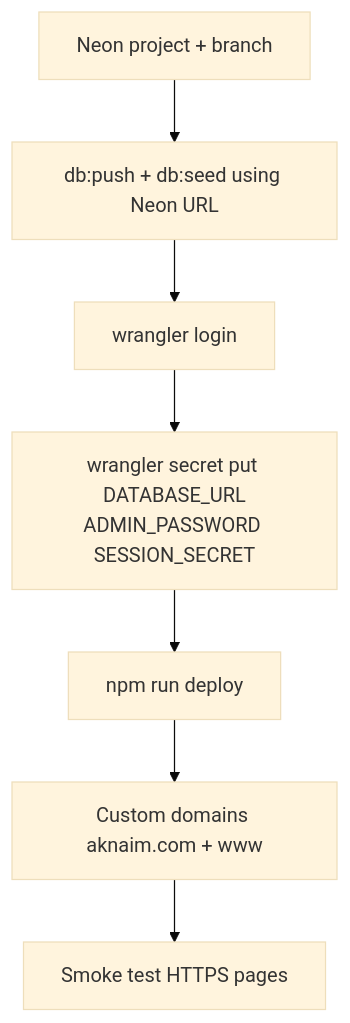
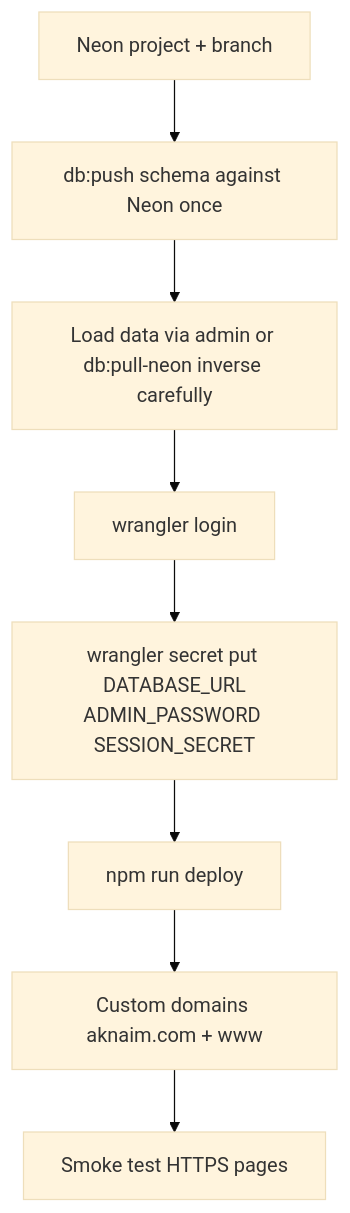
Before and after one commit to Aknaim/aknaim.com: the fifth of 8 diagrams in docs/development-and-deployment.md, drawn with Mermaid (base theme). The commit also changed other lines of this file and 11 other files, not shown here.

````diff
--- a/docs/development-and-deployment.md
+++ b/docs/development-and-deployment.md
@@ -216,9 +216,10 @@
 ```mermaid
 flowchart TD
-  A[Neon project + branch] --> B[db:push + db:seed using Neon URL]
-  B --> C[wrangler login]
-  C --> D[wrangler secret put DATABASE_URL<br/>ADMIN_PASSWORD SESSION_SECRET]
-  D --> E[npm run deploy]
-  E --> F[Custom domains aknaim.com + www]
-  F --> G[Smoke test HTTPS pages]
+  A[Neon project + branch] --> B[db:push schema against Neon once]
+  B --> C[Load data via admin or db:pull-neon inverse carefully]
+  C --> D[wrangler login]
+  D --> E[wrangler secret put DATABASE_URL<br/>ADMIN_PASSWORD SESSION_SECRET]
+  E --> F[npm run deploy]
+  F --> G[Custom domains aknaim.com + www]
+  G --> H[Smoke test HTTPS pages]
 ```
````
